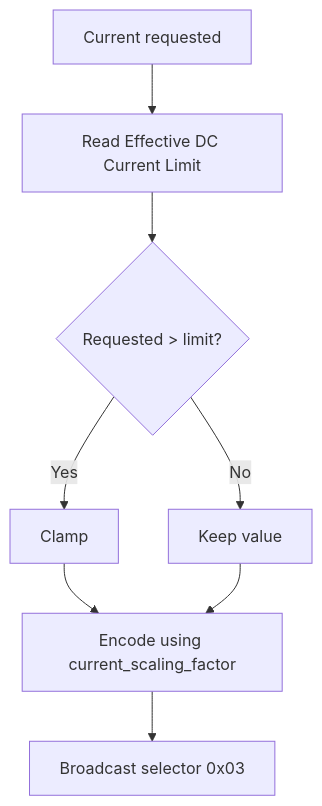
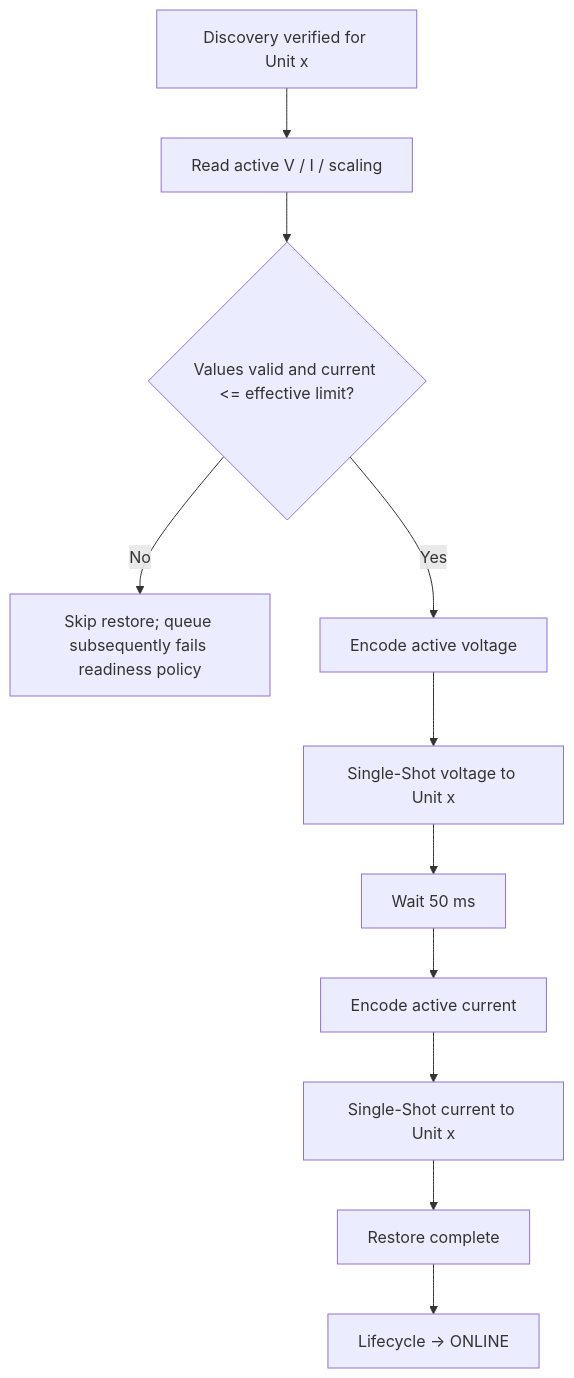
Before and after one commit to anwa/esphome-r4875g1-3phase-charger: diagram 14 of 26 in R4875G1_CONTROL_FLOWS.md, drawn with Mermaid. The commit also changed other lines of this file and 1 other file, not shown here.

First line of the commit message:
Synchronize CAN lifecycle and recovery documentation

````diff
--- a/R4875G1_CONTROL_FLOWS.md
+++ b/R4875G1_CONTROL_FLOWS.md
@@ -228,10 +477,13 @@
 ```mermaid
 flowchart TD
-    A[Current requested] --> B[Read Effective DC Current Limit]
-    B --> C{Requested > limit?}
-    C -- Yes --> D[Clamp]
-    C -- No --> E[Keep value]
-    D --> F[Encode using current_scaling_factor]
-    E --> F
-    F --> G[Broadcast selector 0x03]
+    A[Discovery verified for Unit x] --> B[Read active V / I / scaling]
+    B --> C{Values valid and current <= effective limit?}
+    C -- No --> X[Skip restore; queue subsequently fails readiness policy]
+    C -- Yes --> D[Encode active voltage]
+    D --> E[Single-Shot voltage to Unit x]
+    E --> F[Wait 50 ms]
+    F --> G[Encode active current]
+    G --> H[Single-Shot current to Unit x]
+    H --> I[Restore complete]
+    I --> J[Lifecycle → ONLINE]
 ```
````
